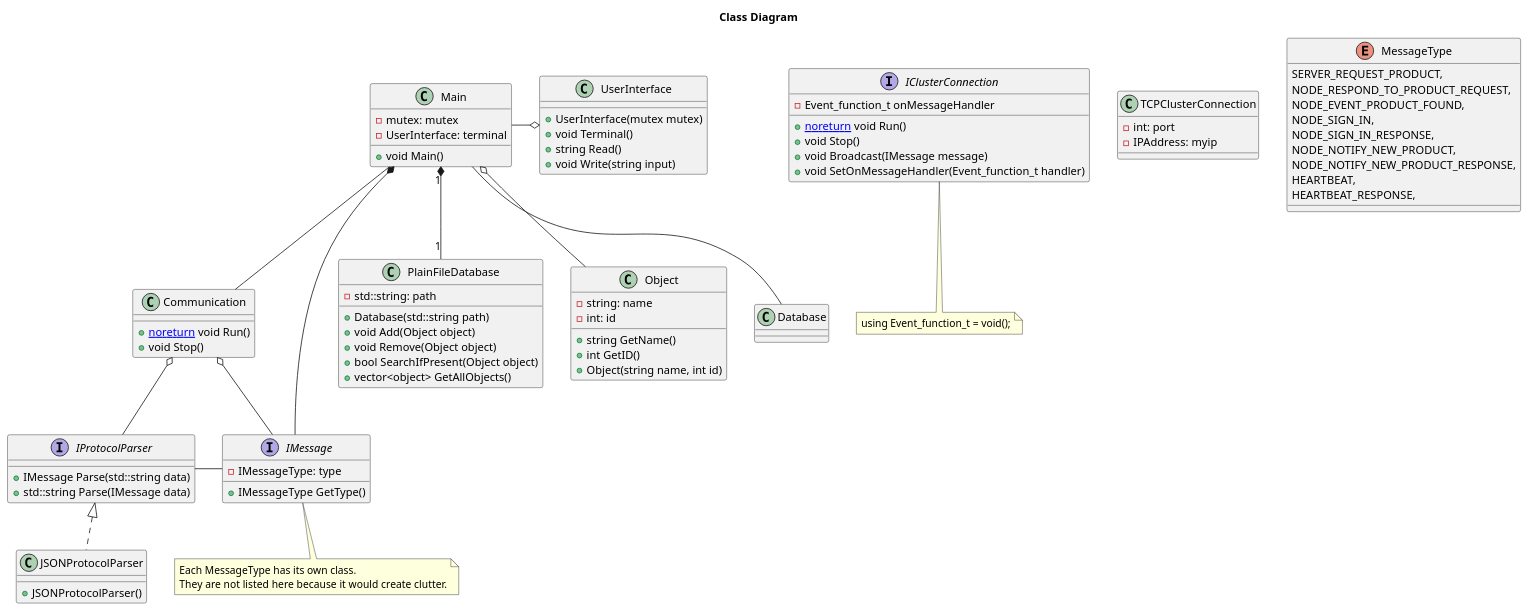
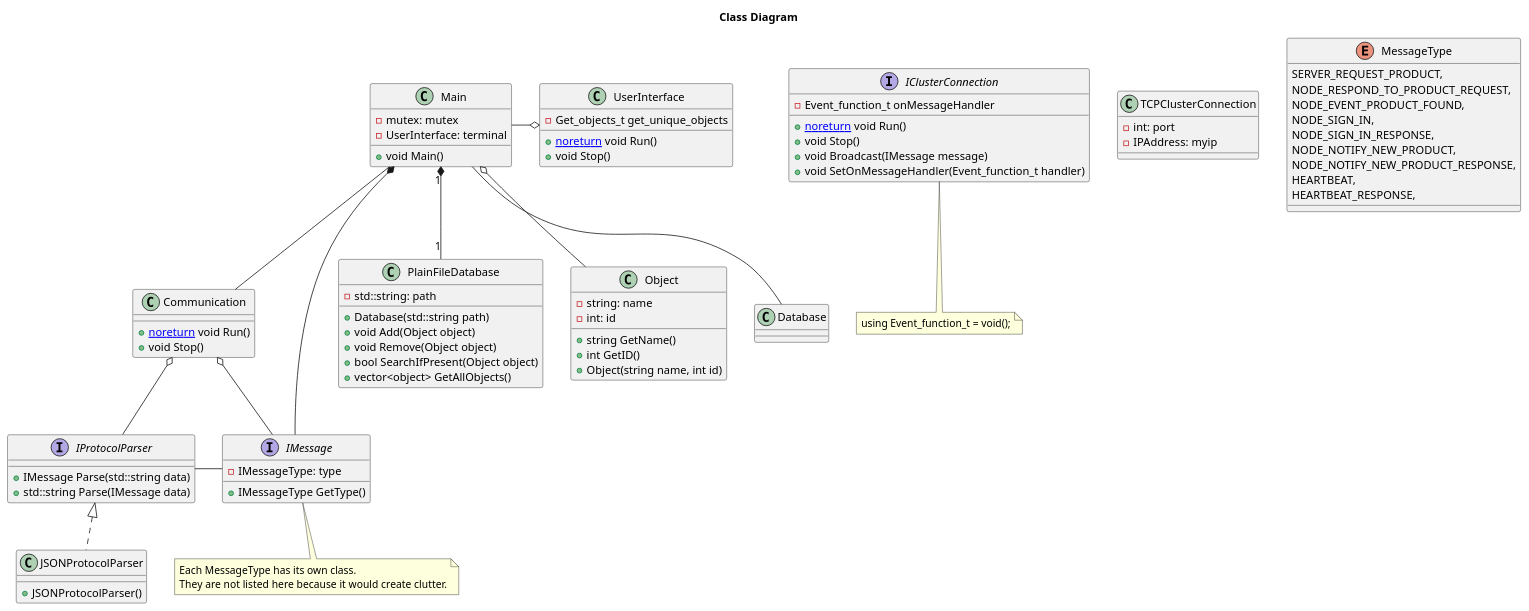
One commit to T3-FindIt/FindIt changed the diagram in Designs/Server Design/Design.wsd. Above: the diagram before and after it, drawn with PlantUML.

Commit message:
Finalized UserInterface class

```diff
--- a/Designs/Server Design/Design.wsd
+++ b/Designs/Server Design/Design.wsd
@@ -1,126 +1,125 @@
 @startuml ClassDiagram
 Title Class Diagram
 
 Class Communication
 {
     {method} + [[noreturn]] void Run()
     {method} + void Stop()
 }
 
 ' using Event_function_t = void();
 interface IClusterConnection
 {
     {field} - Event_function_t onMessageHandler
     {method} + [[noreturn]] void Run()
     {method} + void Stop()
     {method} + void Broadcast(IMessage message)
     ' {method} + void Send(IMessage message, IPAdress myip)
     {method} + void SetOnMessageHandler(Event_function_t handler)
 }
 
 note bottom of IClusterConnection
 using Event_function_t = void();
 end note
 
 class TCPClusterConnection
 {
     {field} - int: port
     {field} - IPAddress: myip
 }
 
 Class PlainFileDatabase
 {
     {field} - std::string: path
     {method} + Database(std::string path)
     {method} + void Add(Object object)
     {method} + void Remove(Object object)
     {method} + bool SearchIfPresent(Object object)
     {method} + vector<object> GetAllObjects()
 }
 
 Class Object
 {
     {field} - string: name
     {field} - int: id
     {method} + string GetName()
     {method} + int GetID()
     {method} + Object(string name, int id)
 }
 
 enum MessageType
 {
     SERVER_REQUEST_PRODUCT,
     NODE_RESPOND_TO_PRODUCT_REQUEST,
     NODE_EVENT_PRODUCT_FOUND,
     NODE_SIGN_IN,
     NODE_SIGN_IN_RESPONSE,
     NODE_NOTIFY_NEW_PRODUCT,
     NODE_NOTIFY_NEW_PRODUCT_RESPONSE,
     HEARTBEAT,
     HEARTBEAT_RESPONSE,
 }
 
 interface IMessage
 {
     {field} - IMessageType: type
     {method} + IMessageType GetType()
 }
 
 note bottom of IMessage
 Each MessageType has its own class.
 They are not listed here because it would create clutter.
 end note
 
 interface IProtocolParser
 {
     {method} + IMessage Parse(std::string data)
     {method} + std::string Parse(IMessage data)
 }
 
 Class JSONProtocolParser
 {
     {method} + JSONProtocolParser()
 }
 
 Class UserInterface
 {
-    {method} + UserInterface(mutex mutex)
-    {method} + void Terminal()
-    {method} + string Read()
-    {method} + void Write(string input)
+    {field} - Get_objects_t get_unique_objects
+    {method} + [[noreturn]] void Run()
+    {method} + void Stop()
 }
 
 Class Main
 {
     {field} - mutex: mutex
     {field} - UserInterface: terminal
     {method} + void Main()
 }
 
 Main "1" *-- "1" PlainFileDatabase
 
 ' EMPTY CLASSES
 ' END OF EMPYY CLASSES
 
 Main -o UserInterface
 Main o-- Object
 Main -- Database
 Main -- Communication
 Main *-- IMessage
 Communication o-- IMessage
 IProtocolParser <|.. JSONProtocolParser
 IProtocolParser - IMessage
 Communication o-- IProtocolParser
 
 ' Controller "1" o-- "1" WiFiHandler
 ' Controller "1" o-- "1" IMasterSlave
 ' Controller "1" o-- "1" JsonBuilder
 ' Controller "1" o-down- "1" IDipSwitch
 ' Controller "1" o-- "1" WebSocketHandler
 
 ' WiFiHandler "1" o-- "1" WiFiData
 ' WebSocketHandler "1" o-- "1" WebsocketData
 
 ' See if we should separate WebSocket & WiFi
 ' object opslaan als JSON objecten?
 @enduml
```
